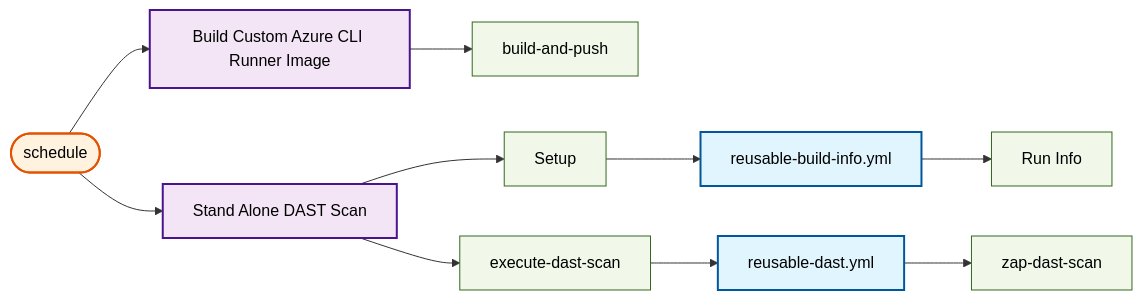
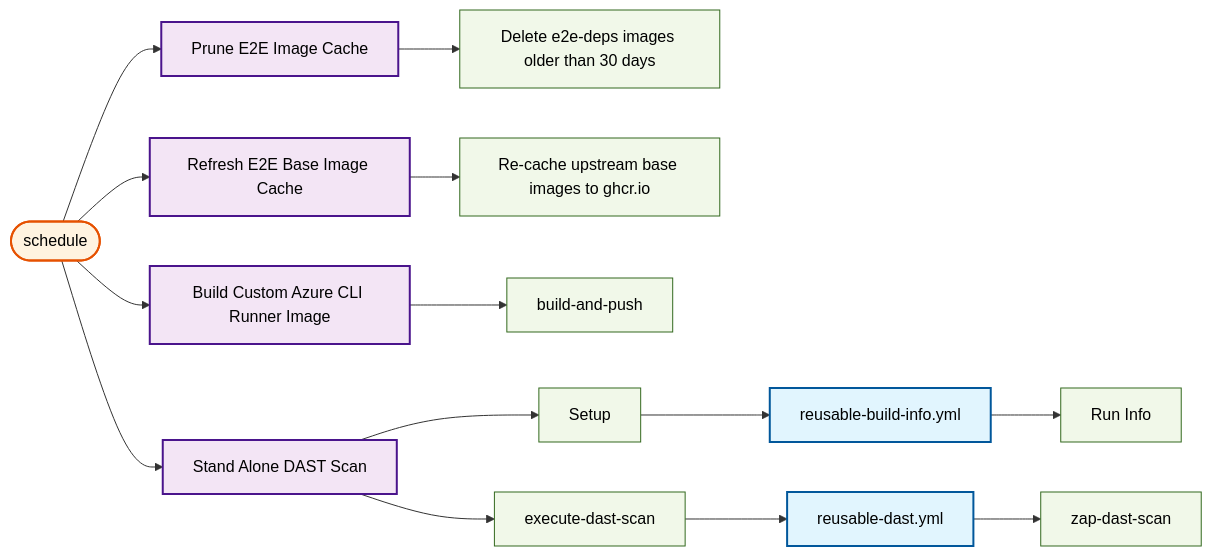
The tenth of 25 diagrams in docs/operations/workflow-diagram.md (US-Trustee-Program/Bankruptcy-Oversight-Support-Systems), drawn with Mermaid before and after one commit. The commit also changed other lines of this file and 21 other files, not shown here.

````diff
--- a/docs/operations/workflow-diagram.md
+++ b/docs/operations/workflow-diagram.md
@@ -664,39 +517,51 @@
 ```mermaid
 flowchart LR
     trigger_schedule(["schedule"])
+    prune_e2e_image_cache_yml["Prune E2E Image Cache"]
+    prune_e2e_image_cache_yml_prune["Delete e2e-deps images older than 30 days"]
+    refresh_e2e_base_images_yml["Refresh E2E Base Image Cache"]
+    refresh_e2e_base_images_yml_refresh["Re-cache upstream base images to ghcr.io"]
     build_azure_cli_image_yml["Build Custom Azure CLI Runner Image"]
     build_azure_cli_image_yml_build_and_push["build-and-push"]
     dast_scan_yml["Stand Alone DAST Scan"]
     dast_scan_yml_setup["Setup"]
     reusable_build_info_yml["reusable-build-info.yml"]
     reusable_build_info_yml_build_info["Run Info"]
     dast_scan_yml_execute_dast_scan["execute-dast-scan"]
     reusable_dast_yml["reusable-dast.yml"]
     reusable_dast_yml_zap_dast_scan["zap-dast-scan"]
 
+    trigger_schedule --> prune_e2e_image_cache_yml
+    prune_e2e_image_cache_yml --> prune_e2e_image_cache_yml_prune
+    trigger_schedule --> refresh_e2e_base_images_yml
+    refresh_e2e_base_images_yml --> refresh_e2e_base_images_yml_refresh
     trigger_schedule --> build_azure_cli_image_yml
     build_azure_cli_image_yml --> build_azure_cli_image_yml_build_and_push
     trigger_schedule --> dast_scan_yml
     dast_scan_yml --> dast_scan_yml_setup
     reusable_build_info_yml --> reusable_build_info_yml_build_info
     dast_scan_yml_setup --> reusable_build_info_yml
     dast_scan_yml --> dast_scan_yml_execute_dast_scan
     reusable_dast_yml --> reusable_dast_yml_zap_dast_scan
     dast_scan_yml_execute_dast_scan --> reusable_dast_yml
 
     classDef reusable fill:#e1f5fe,stroke:#01579b,stroke-width:2px,color:#000000
     classDef mainWorkflow fill:#f3e5f5,stroke:#4a148c,stroke-width:2px,color:#000000
     classDef trigger fill:#fff3e0,stroke:#e65100,stroke-width:2px,color:#000000
     classDef job fill:#f1f8e9,stroke:#33691e,stroke-width:1px,color:#000000
 
     class trigger_schedule trigger
+    class prune_e2e_image_cache_yml mainWorkflow
+    class prune_e2e_image_cache_yml_prune job
+    class refresh_e2e_base_images_yml mainWorkflow
+    class refresh_e2e_base_images_yml_refresh job
     class build_azure_cli_image_yml mainWorkflow
     class build_azure_cli_image_yml_build_and_push job
     class dast_scan_yml mainWorkflow
     class dast_scan_yml_setup job
     class reusable_build_info_yml reusable
     class reusable_build_info_yml_build_info job
     class dast_scan_yml_execute_dast_scan job
     class reusable_dast_yml reusable
     class reusable_dast_yml_zap_dast_scan job
 ```
````
